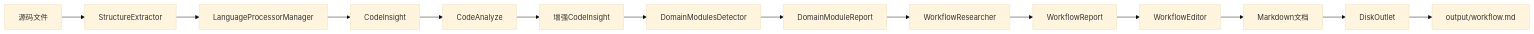
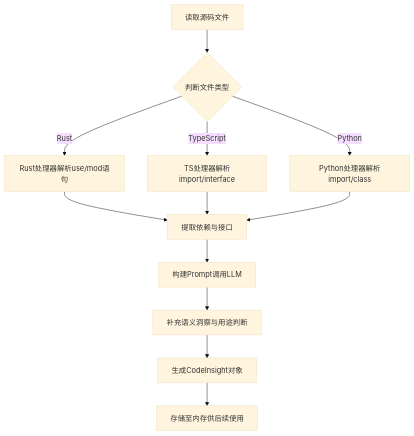
Before and after one commit to BigtoC/deepwiki-rs: the third of 6 diagrams in docs/3、工作流程.md, drawn with Mermaid (base theme). The commit also changed other lines of this file and 24 other files, not shown here.

````diff
--- a/docs/3、工作流程.md
+++ b/docs/3、工作流程.md
@@ -379,16 +85,14 @@
 ```mermaid
-flowchart LR
-    A[源码文件] --> B[StructureExtractor]
-    B --> C[LanguageProcessorManager]
-    C --> D[CodeInsight]
-    D --> E[CodeAnalyze]
-    E --> F[增强CodeInsight]
-    F --> G[DomainModulesDetector]
-    G --> H[DomainModuleReport]
-    H --> I[WorkflowResearcher]
-    I --> J[WorkflowReport]
-    J --> K[WorkflowEditor]
-    K --> L[Markdown文档]
-    L --> M[DiskOutlet]
-    M --> N[output/workflow.md]
+graph TD
+    A[读取源码文件] --> B{判断文件类型}
+    B -->|Rust| C[Rust处理器解析use/mod语句]
+    B -->|TypeScript| D[TS处理器解析import/interface]
+    B -->|Python| E[Python处理器解析import/class]
+    C --> F[提取依赖与接口]
+    D --> F
+    E --> F
+    F --> G[构建Prompt调用LLM]
+    G --> H[补充语义洞察与用途判断]
+    H --> I[生成CodeInsight对象]
+    I --> J[存储至内存供后续使用]
 ```
````
